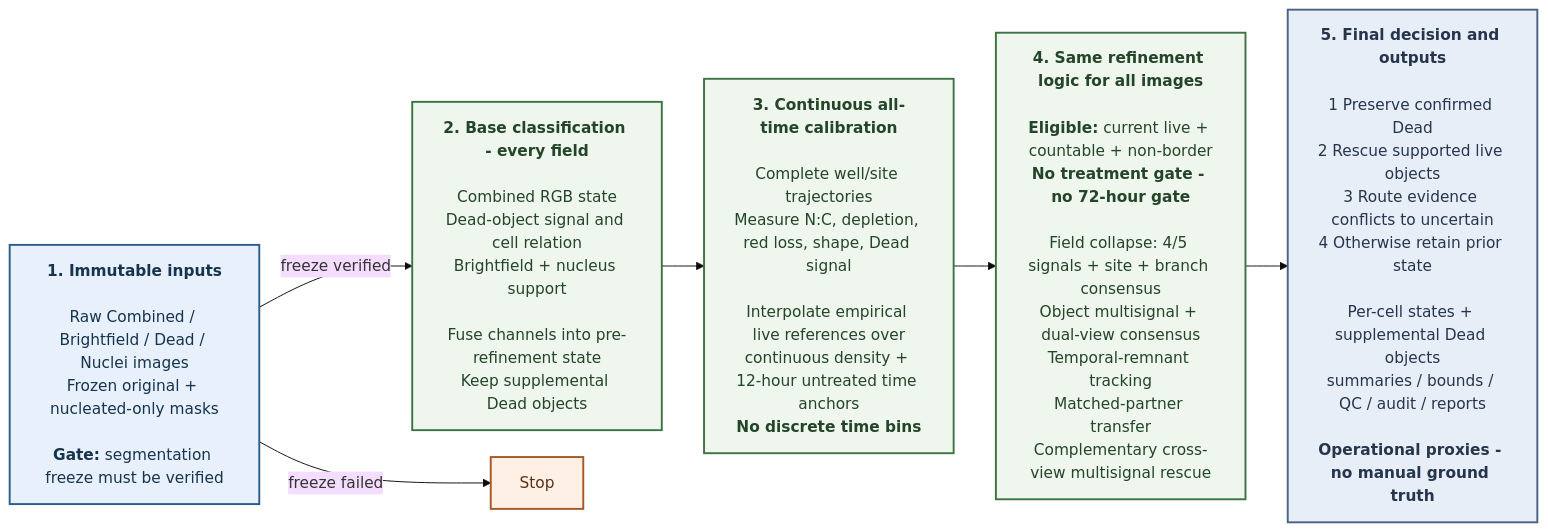
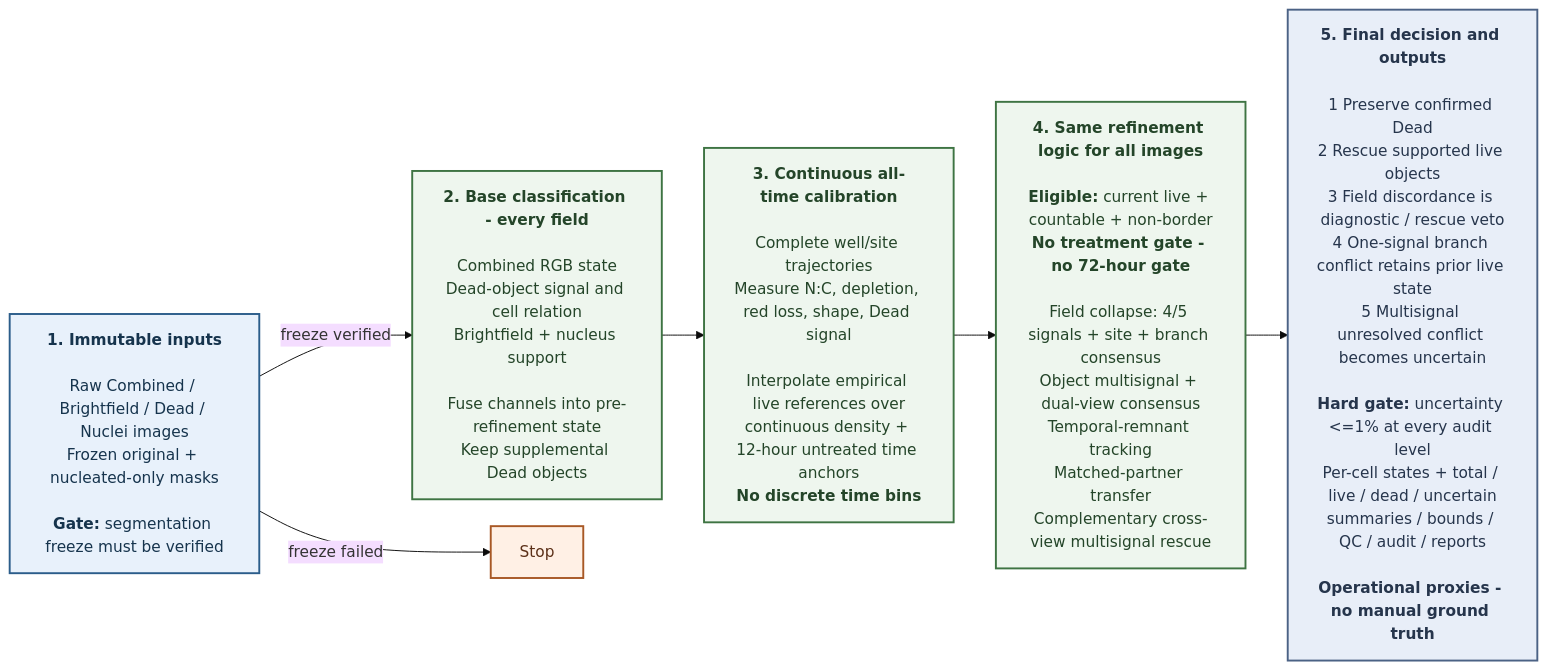
The diagram in docs/death_classification_workflow.mmd (thecloneredesignlab/cellpose-cpsam-pipeline), drawn with Mermaid before and after one commit. The commit also changed 9 other files, not shown here.

```diff
--- a/docs/death_classification_workflow.mmd
+++ b/docs/death_classification_workflow.mmd
@@ -1,22 +1,22 @@
 %%{init: {"theme": "base", "flowchart": {"curve": "basis", "nodeSpacing": 28, "rankSpacing": 44}, "themeVariables": {"fontFamily": "Arial, Helvetica, sans-serif", "fontSize": "16px"}}}%%
 flowchart LR
     I["<b>1. Immutable inputs</b><br/><br/>Raw Combined / Brightfield / Dead / Nuclei images<br/>Frozen original + nucleated-only masks<br/><br/><b>Gate:</b> segmentation freeze must be verified"]
     B["<b>2. Base classification - every field</b><br/><br/>Combined RGB state<br/>Dead-object signal and cell relation<br/>Brightfield + nucleus support<br/><br/>Fuse channels into pre-refinement state<br/>Keep supplemental Dead objects"]
     C["<b>3. Continuous all-time calibration</b><br/><br/>Complete well/site trajectories<br/>Measure N:C, depletion, red loss, shape, Dead signal<br/><br/>Interpolate empirical live references over<br/>continuous density + 12-hour untreated time anchors<br/><b>No discrete time bins</b>"]
     R["<b>4. Same refinement logic for all images</b><br/><br/><b>Eligible:</b> current live + countable + non-border<br/><b>No treatment gate - no 72-hour gate</b><br/><br/>Field collapse: 4/5 signals + site + branch consensus<br/>Object multisignal + dual-view consensus<br/>Temporal-remnant tracking<br/>Matched-partner transfer<br/>Complementary cross-view multisignal rescue"]
-    D["<b>5. Final decision and outputs</b><br/><br/>1 Preserve confirmed Dead<br/>2 Rescue supported live objects<br/>3 Route evidence conflicts to uncertain<br/>4 Otherwise retain prior state<br/><br/>Per-cell states + supplemental Dead objects<br/>summaries / bounds / QC / audit / reports<br/><br/><b>Operational proxies - no manual ground truth</b>"]
+    D["<b>5. Final decision and outputs</b><br/><br/>1 Preserve confirmed Dead<br/>2 Rescue supported live objects<br/>3 Field discordance is diagnostic / rescue veto<br/>4 One-signal branch conflict retains prior live state<br/>5 Multisignal unresolved conflict becomes uncertain<br/><br/><b>Hard gate:</b> uncertainty <=1% at every audit level<br/>Per-cell states + total / live / dead / uncertain<br/>summaries / bounds / QC / audit / reports<br/><br/><b>Operational proxies - no manual ground truth</b>"]
     X["Stop"]
 
     I -- "freeze verified" --> B
     I -- "freeze failed" --> X
     B --> C --> R --> D
 
     classDef input fill:#e8f1fb,stroke:#2b5d8a,color:#16344d,stroke-width:2px;
     classDef process fill:#eef6ee,stroke:#3e7443,color:#244529,stroke-width:2px;
     classDef output fill:#e8eef8,stroke:#4b6285,color:#26354c,stroke-width:2px;
     classDef warning fill:#fff0e5,stroke:#a85825,color:#5c3018,stroke-width:2px;
 
     class I input;
     class B,C,R process;
     class D output;
     class X warning;
```
